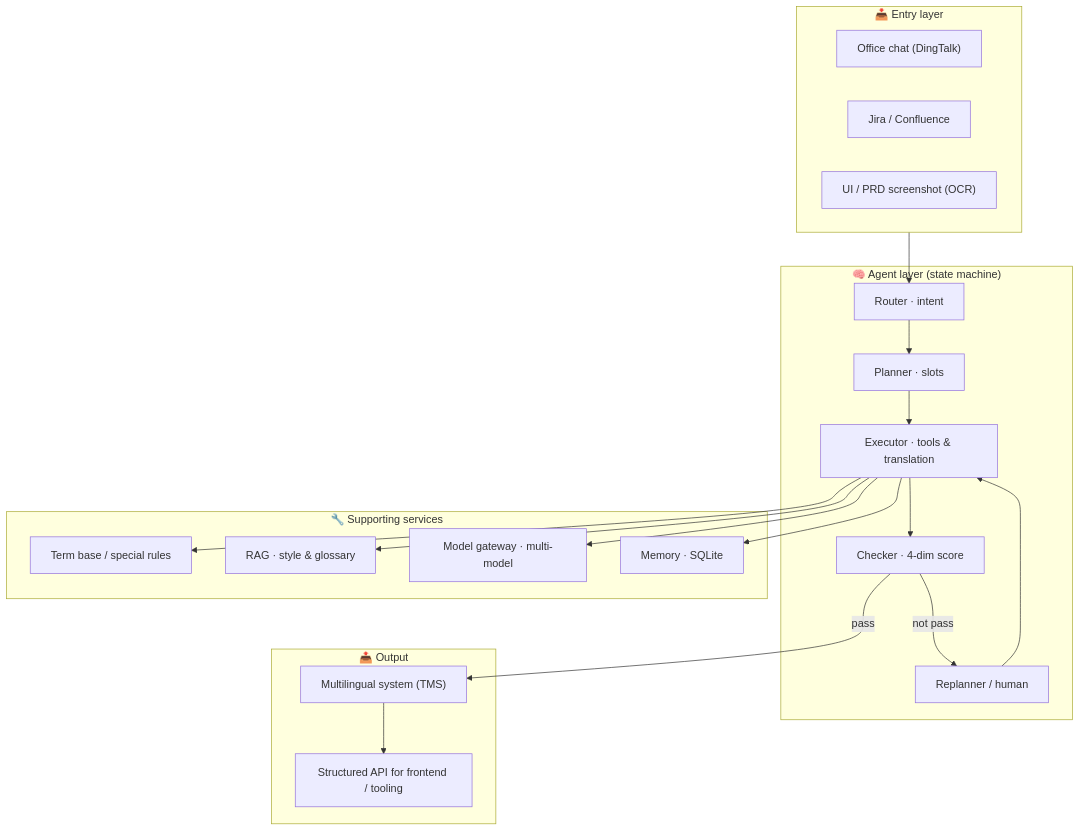
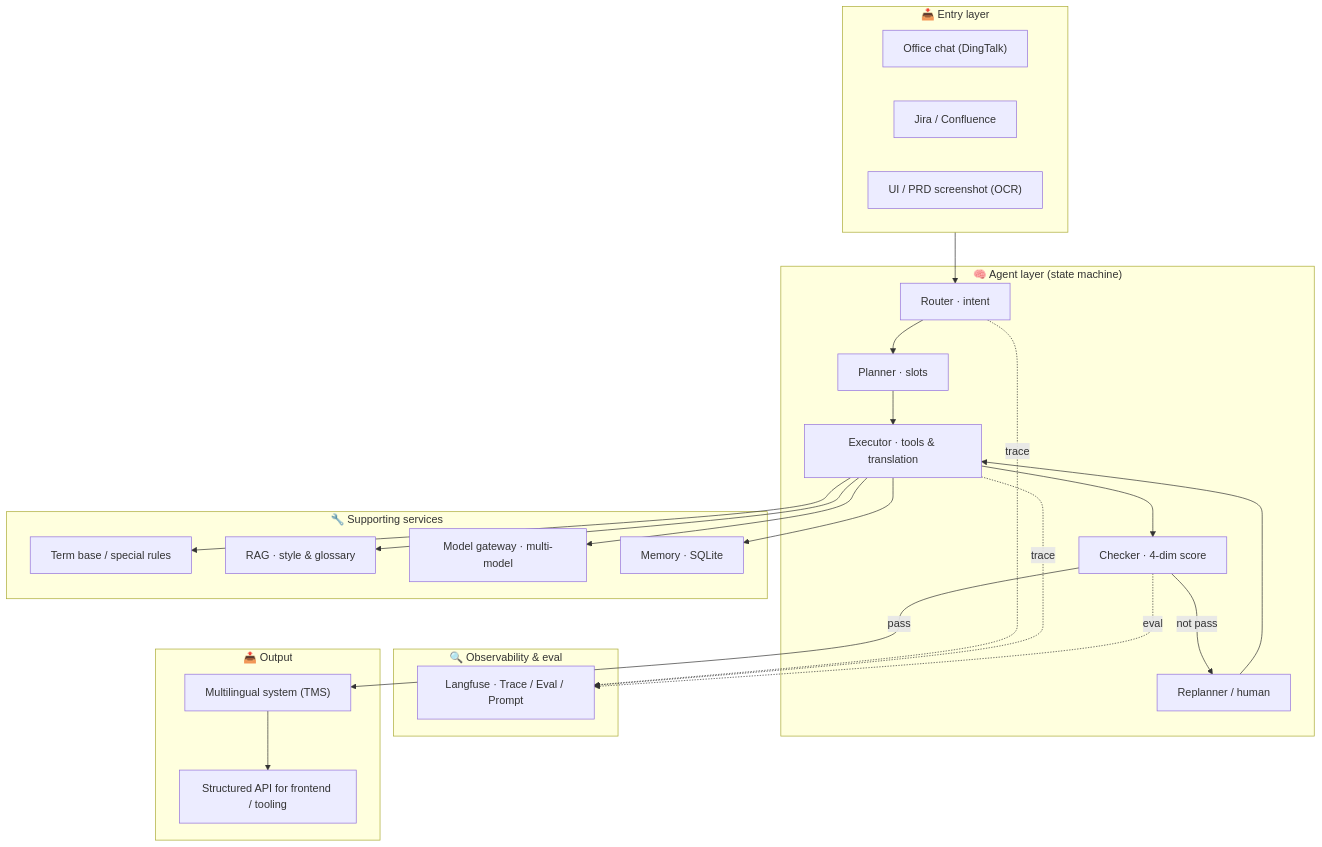
One commit to DAgogo04/GoGo-Translation-Agent changed the diagram in README.md. Above: the diagram before and after it, drawn with Mermaid. The commit also changed other lines of this file, not shown here.

Commit message:
docs: harness-framed architecture (Langfuse rail, real vs planned note, eval metrics)

````diff
--- a/README.md
+++ b/README.md
@@ -134,37 +136,44 @@
 ```mermaid
 flowchart TB
   subgraph Input["📥 Entry layer"]
     Chat["Office chat (DingTalk)"]
     Jira["Jira / Confluence"]
     OCR["UI / PRD screenshot (OCR)"]
   end
 
   subgraph Agent["🧠 Agent layer (state machine)"]
     Router["Router · intent"]
     Planner["Planner · slots"]
     Executor["Executor · tools & translation"]
     Checker["Checker · 4-dim score"]
     Replanner["Replanner / human"]
   end
 
   subgraph Services["🔧 Supporting services"]
     Terms["Term base / special rules"]
     RAG["RAG · style & glossary"]
     Gateway["Model gateway · multi-model"]
     Mem["Memory · SQLite"]
   end
 
+  subgraph Obs["🔍 Observability & eval"]
+    Langfuse["Langfuse · Trace / Eval / Prompt"]
+  end
+
   subgraph Output["📤 Output"]
     TMS["Multilingual system (TMS)"]
     API["Structured API for frontend / tooling"]
   end
 
   Input --> Router --> Planner --> Executor --> Checker
   Checker -->|pass| TMS
   Checker -->|not pass| Replanner --> Executor
   Executor --> Terms
   Executor --> RAG
   Executor --> Gateway
   Executor --> Mem
   TMS --> API
+  Router -. trace .-> Langfuse
+  Executor -. trace .-> Langfuse
+  Checker -. eval .-> Langfuse
 ```
````
